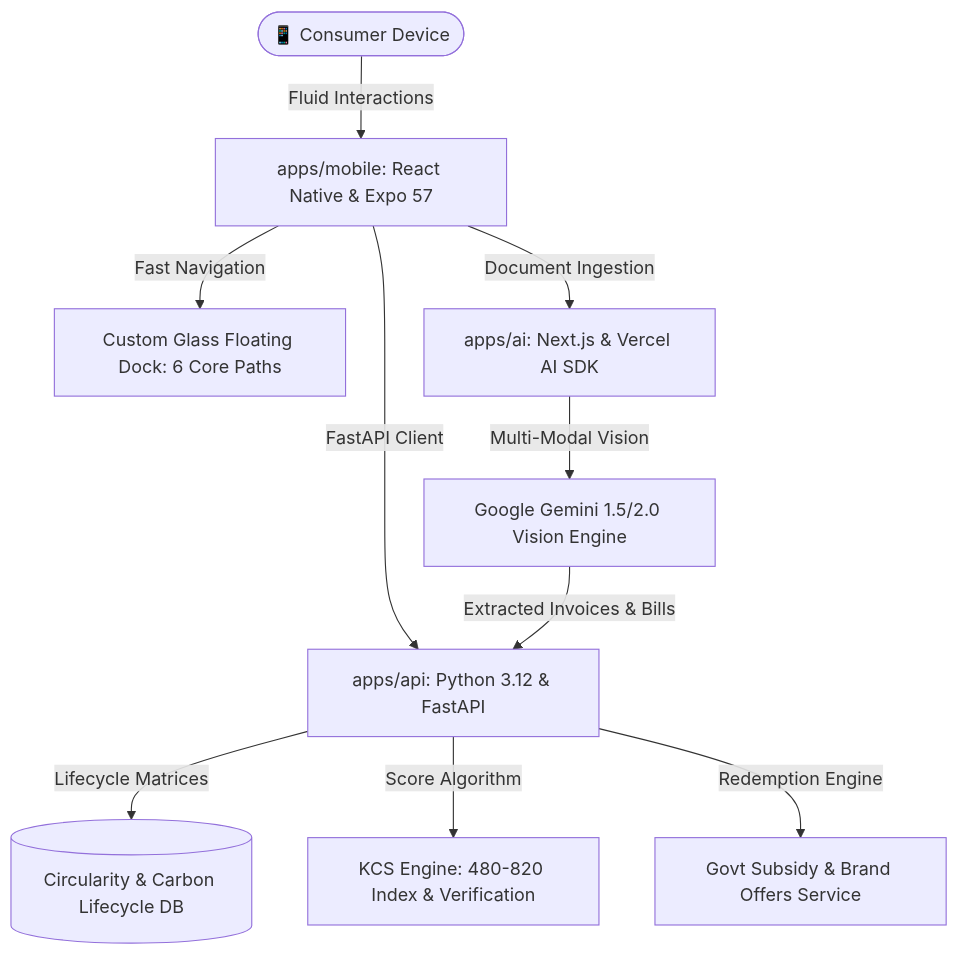
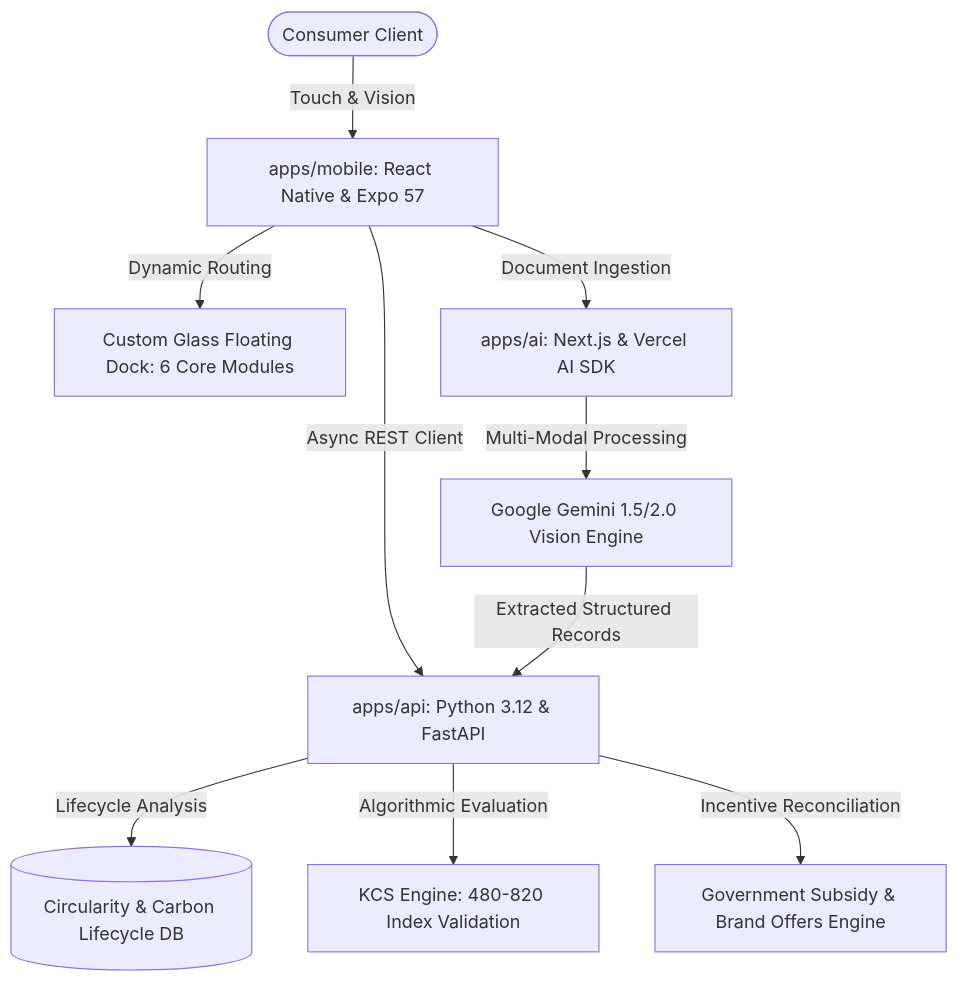
One commit to dhruv-programmes/karma changed the diagram in README.md. Above: the diagram before and after it, drawn with Mermaid. The commit also changed other lines of this file, not shown here.

````diff
--- a/README.md
+++ b/README.md
@@ -117,15 +159,15 @@
 ```mermaid
 graph TD
-    User([📱 Consumer Device]) -->|Fluid Interactions| Mobile[apps/mobile: React Native & Expo 57]
-    Mobile -->|Fast Navigation| Dock[Custom Glass Floating Dock: 6 Core Paths]
+    User([Consumer Client]) -->|Touch & Vision| Mobile[apps/mobile: React Native & Expo 57]
+    Mobile -->|Dynamic Routing| Dock[Custom Glass Floating Dock: 6 Core Modules]
     
-    Mobile -->|FastAPI Client| API[apps/api: Python 3.12 & FastAPI]
+    Mobile -->|Async REST Client| API[apps/api: Python 3.12 & FastAPI]
     Mobile -->|Document Ingestion| AI[apps/ai: Next.js & Vercel AI SDK]
     
-    AI -->|Multi-Modal Vision| Gemini[Google Gemini 1.5/2.0 Vision Engine]
-    Gemini -->|Extracted Invoices & Bills| API
+    AI -->|Multi-Modal Processing| Gemini[Google Gemini 1.5/2.0 Vision Engine]
+    Gemini -->|Extracted Structured Records| API
     
-    API -->|Lifecycle Matrices| DB[(Circularity & Carbon Lifecycle DB)]
-    API -->|Score Algorithm| KCS[KCS Engine: 480-820 Index & Verification]
-    API -->|Redemption Engine| PartnerHub[Govt Subsidy & Brand Offers Service]
+    API -->|Lifecycle Analysis| DB[(Circularity & Carbon Lifecycle DB)]
+    API -->|Algorithmic Evaluation| KCS[KCS Engine: 480-820 Index Validation]
+    API -->|Incentive Reconciliation| PartnerHub[Government Subsidy & Brand Offers Engine]
 ```
````
